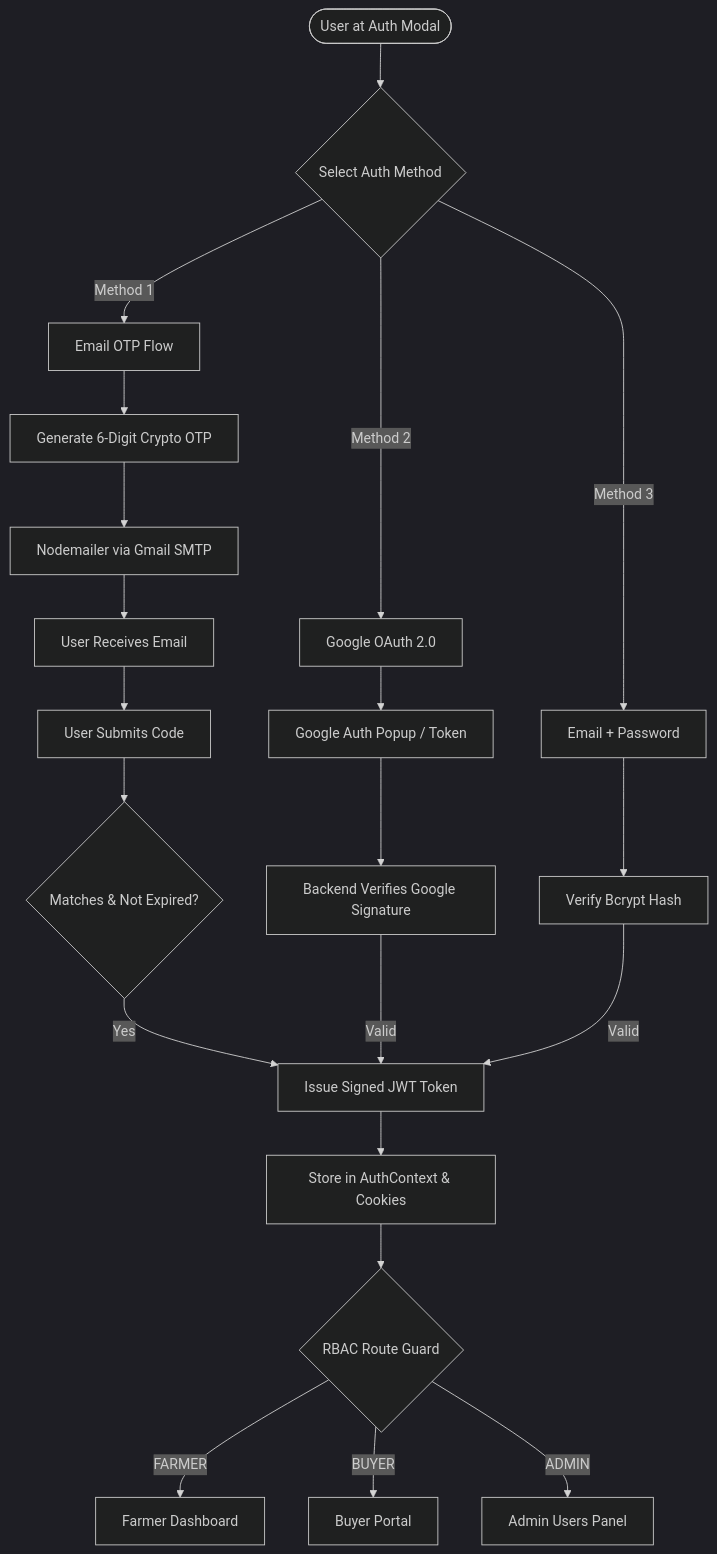
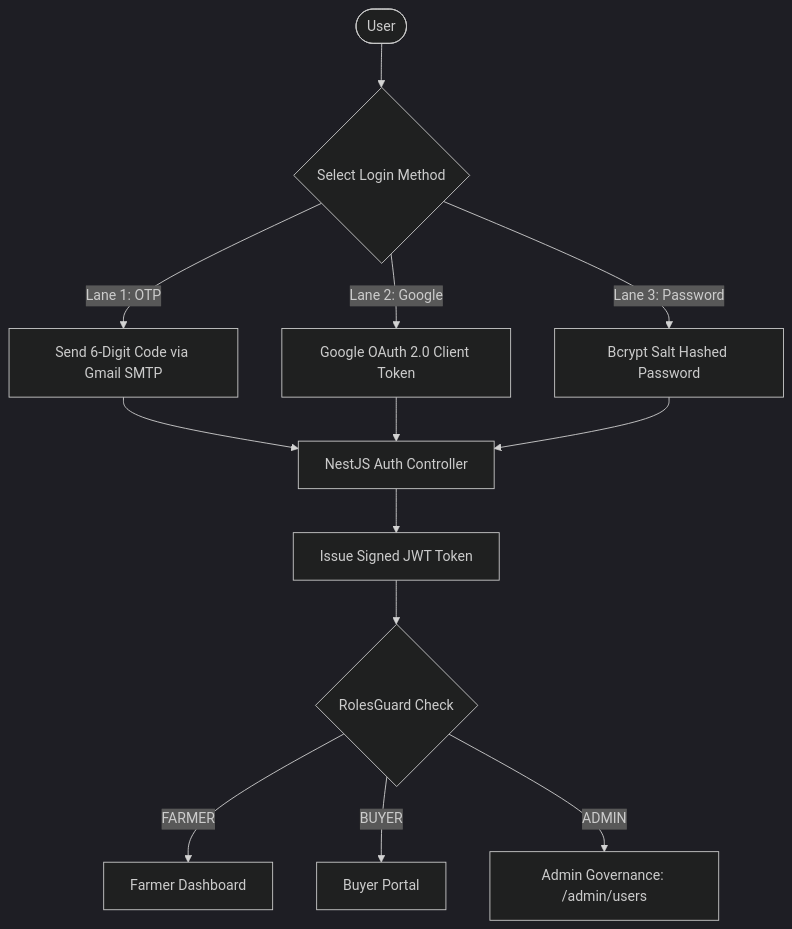
One commit to HackOpsIndia/KrishiSetu changed the diagram in docs/members/bhavishya-gangola/README.md. Above: the diagram before and after it, drawn with Mermaid (dark theme). The commit also changed other lines of this file and 24 other files, not shown here.

````diff
--- a/docs/members/bhavishya-gangola/README.md
+++ b/docs/members/bhavishya-gangola/README.md
@@ -100,28 +27,18 @@
 ```mermaid
 flowchart TD
-    User([User at Auth Modal]) --> Choice{Select Auth Method}
+    User([User]) --> AuthChoice{Select Login Method}
     
-    Choice -->|Method 1| OTP[Email OTP Flow]
-    OTP --> GenCode[Generate 6-Digit Crypto OTP]
-    GenCode --> SMTP[Nodemailer via Gmail SMTP]
-    SMTP --> Inbox[User Receives Email]
-    Inbox --> VerifyOTP[User Submits Code]
-    VerifyOTP --> CheckOTP{Matches & Not Expired?}
+    AuthChoice -->|Lane 1: OTP| OTP[Send 6-Digit Code via Gmail SMTP]
+    AuthChoice -->|Lane 2: Google| Google[Google OAuth 2.0 Client Token]
+    AuthChoice -->|Lane 3: Password| Pwd[Bcrypt Salt Hashed Password]
     
-    Choice -->|Method 2| Google[Google OAuth 2.0]
-    Google --> GooglePop[Google Auth Popup / Token]
-    GooglePop --> VerifyToken[Backend Verifies Google Signature]
+    OTP --> Verify[NestJS Auth Controller]
+    Google --> Verify
+    Pwd --> Verify
     
-    Choice -->|Method 3| Pwd[Email + Password]
-    Pwd --> Bcrypt[Verify Bcrypt Hash]
-    
-    CheckOTP -->|Yes| IssueJWT[Issue Signed JWT Token]
-    VerifyToken -->|Valid| IssueJWT
-    Bcrypt -->|Valid| IssueJWT
-    
-    IssueJWT --> AppContext[Store in AuthContext & Cookies]
-    AppContext --> RBAC{RBAC Route Guard}
+    Verify --> JWT[Issue Signed JWT Token]
+    JWT --> RBAC{RolesGuard Check}
     RBAC -->|FARMER| FarmerUI[Farmer Dashboard]
     RBAC -->|BUYER| BuyerUI[Buyer Portal]
-    RBAC -->|ADMIN| AdminUI[Admin Users Panel]
+    RBAC -->|ADMIN| AdminUI[Admin Governance: /admin/users]
 ```
````
